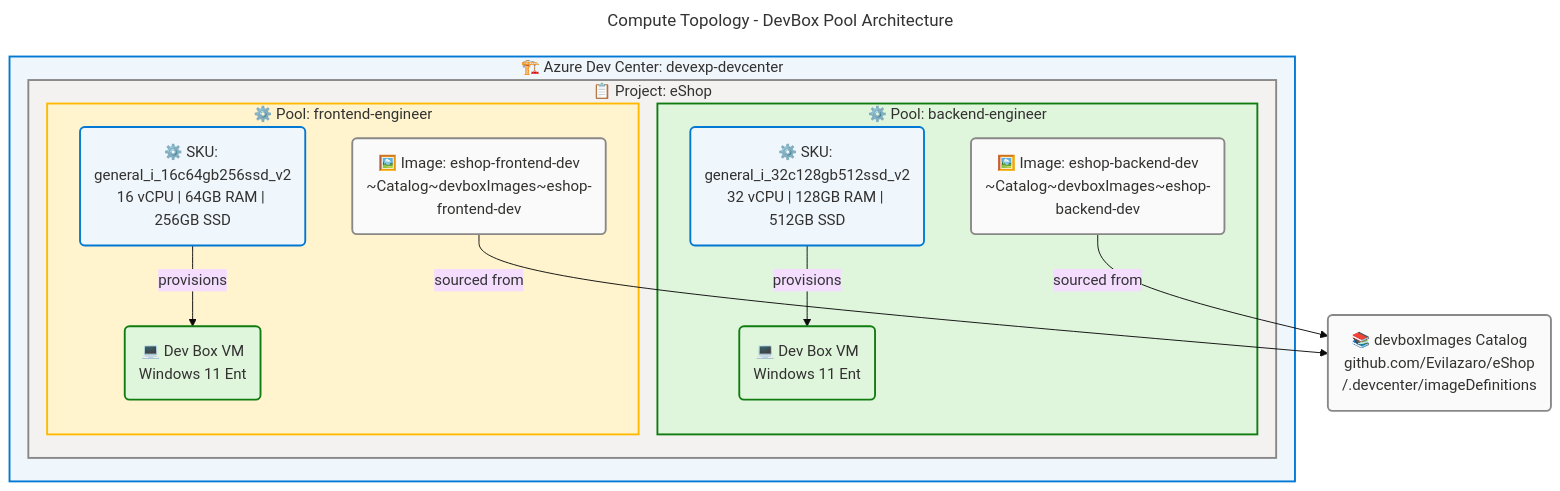
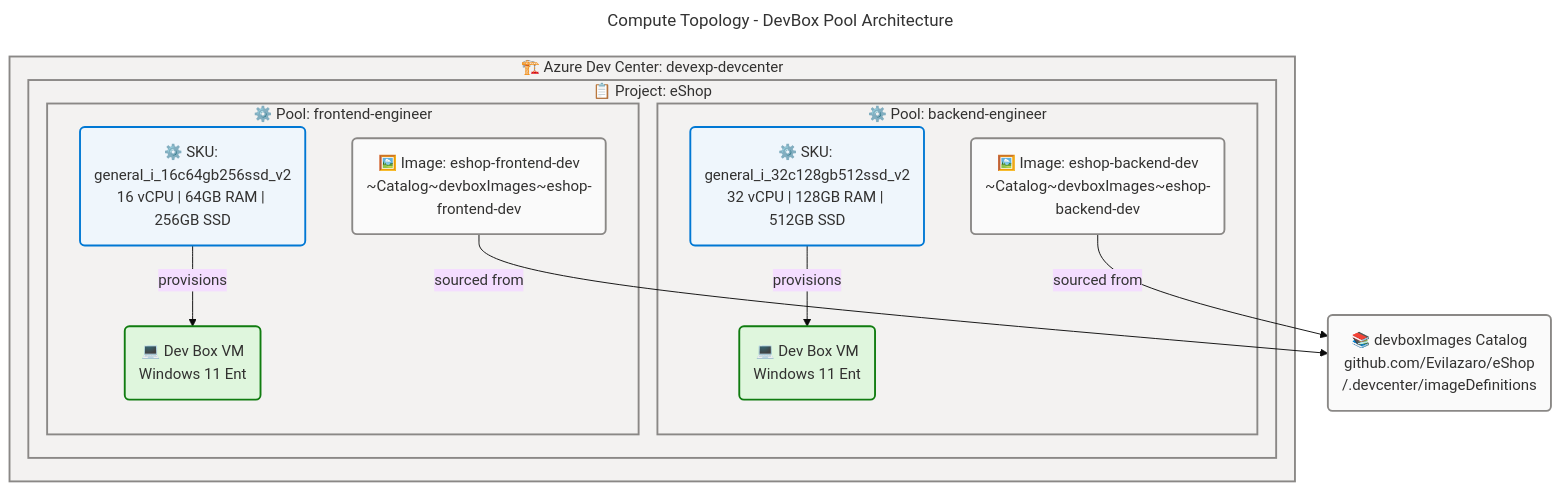
The fourth of 6 diagrams in docs/architecture/technology-architecture.md (Evilazaro/DevExp-DevBox), drawn with Mermaid before and after one commit. The commit also changed other lines of this file and 2 other files, not shown here.

Commit message:
refactor: Update Mermaid diagram styles for improved visual consistency across architecture documents

````diff
--- a/docs/architecture/technology-architecture.md
+++ b/docs/architecture/technology-architecture.md
@@ -635,64 +635,64 @@
 ```mermaid
 ---
 title: Compute Topology - DevBox Pool Architecture
 config:
   theme: base
   look: classic
   layout: dagre
   themeVariables:
     fontSize: '16px'
   flowchart:
     htmlLabels: true
 ---
 flowchart TB
     accTitle: Compute Topology - DevBox Pool Architecture
     accDescr: Shows DevCenter compute hierarchy from project to pool to individual Dev Box VM instances with VM SKU specifications
 
     %% ═══════════════════════════════════════════════════════════════════════════
     %% AZURE / FLUENT ARCHITECTURE PATTERN v1.1
     %% (Semantic + Structural + Font + Accessibility Governance)
     %% ═══════════════════════════════════════════════════════════════════════════
     %% PHASE 1 - FLUENT UI: All styling uses approved Fluent UI palette only
     %% PHASE 2 - GROUPS: Every subgraph has semantic color via style directive
     %% PHASE 3 - COMPONENTS: Every node has semantic classDef + icon prefix
     %% PHASE 4 - ACCESSIBILITY: accTitle/accDescr present, WCAG AA contrast
     %% PHASE 5 - STANDARD: Governance block present, classDefs centralized
     %% ═══════════════════════════════════════════════════════════════════════════
 
     subgraph DevCenterService["🏗️ Azure Dev Center: devexp-devcenter"]
 
         subgraph eShopProject["📋 Project: eShop"]
 
             subgraph BackendPool["⚙️ Pool: backend-engineer"]
                 BE_SKU("⚙️ SKU: general_i_32c128gb512ssd_v2<br/>32 vCPU | 128GB RAM | 512GB SSD"):::core
                 BE_IMG("🖼️ Image: eshop-backend-dev<br/>~Catalog~devboxImages~eshop-backend-dev"):::neutral
                 BE_VM1("💻 Dev Box VM<br/>Windows 11 Ent"):::success
             end
 
             subgraph FrontendPool["⚙️ Pool: frontend-engineer"]
                 FE_SKU("⚙️ SKU: general_i_16c64gb256ssd_v2<br/>16 vCPU | 64GB RAM | 256GB SSD"):::core
                 FE_IMG("🖼️ Image: eshop-frontend-dev<br/>~Catalog~devboxImages~eshop-frontend-dev"):::neutral
                 FE_VM1("💻 Dev Box VM<br/>Windows 11 Ent"):::success
             end
 
         end
 
     end
 
     ImgCatalog("📚 devboxImages Catalog<br/>github.com/Evilazaro/eShop<br/>/.devcenter/imageDefinitions"):::neutral
 
     BE_IMG -->|"sourced from"| ImgCatalog
     FE_IMG -->|"sourced from"| ImgCatalog
     BE_SKU -->|"provisions"| BE_VM1
     FE_SKU -->|"provisions"| FE_VM1
 
     %% Centralized classDefs
     classDef neutral fill:#FAFAFA,stroke:#8A8886,stroke-width:2px,color:#323130
     classDef core fill:#EFF6FC,stroke:#0078D4,stroke-width:2px,color:#323130
     classDef success fill:#DFF6DD,stroke:#107C10,stroke-width:2px,color:#323130
 
-    style DevCenterService fill:#EFF6FC,stroke:#0078D4,stroke-width:2px,color:#323130
+    style DevCenterService fill:#F3F2F1,stroke:#8A8886,stroke-width:2px,color:#323130
     style eShopProject fill:#F3F2F1,stroke:#8A8886,stroke-width:2px,color:#323130
-    style BackendPool fill:#DFF6DD,stroke:#107C10,stroke-width:2px,color:#323130
-    style FrontendPool fill:#FFF4CE,stroke:#FFB900,stroke-width:2px,color:#323130
+    style BackendPool fill:#F3F2F1,stroke:#8A8886,stroke-width:2px,color:#323130
+    style FrontendPool fill:#F3F2F1,stroke:#8A8886,stroke-width:2px,color:#323130
 ```
````
